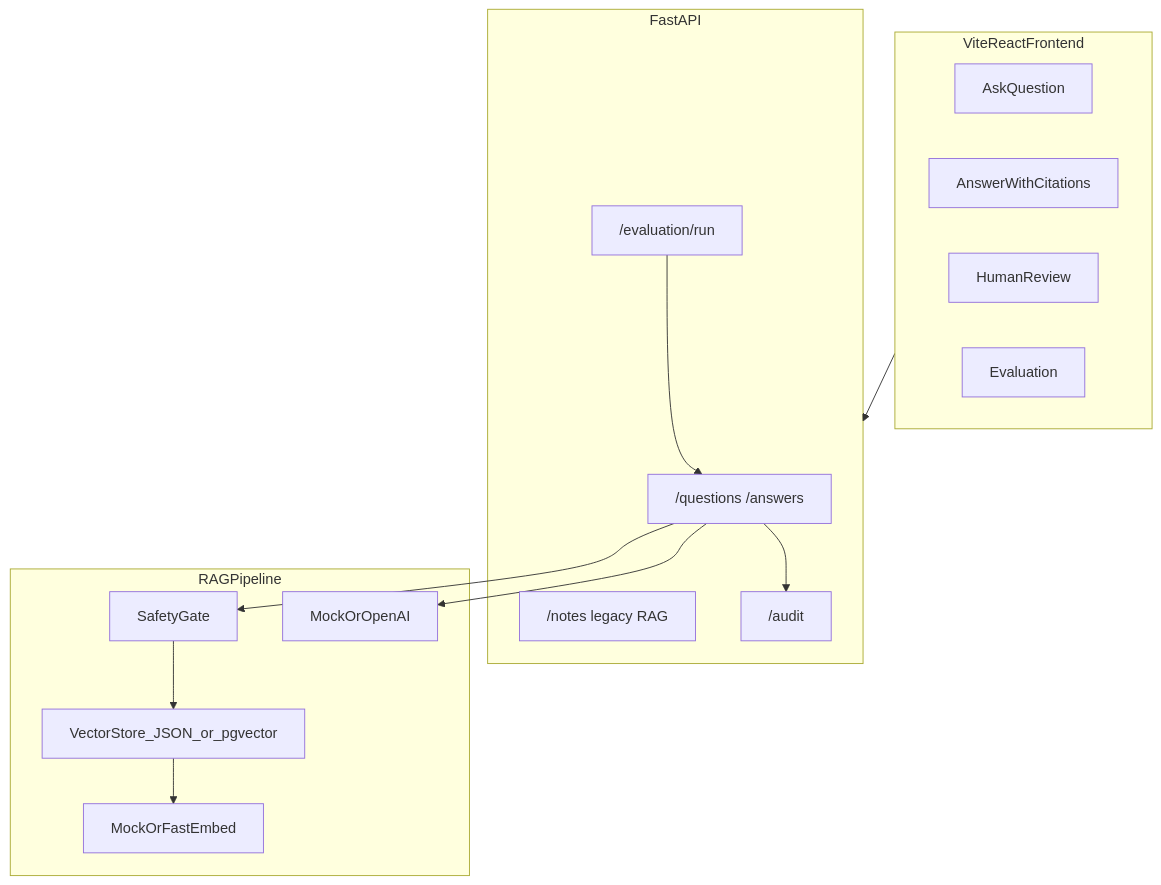
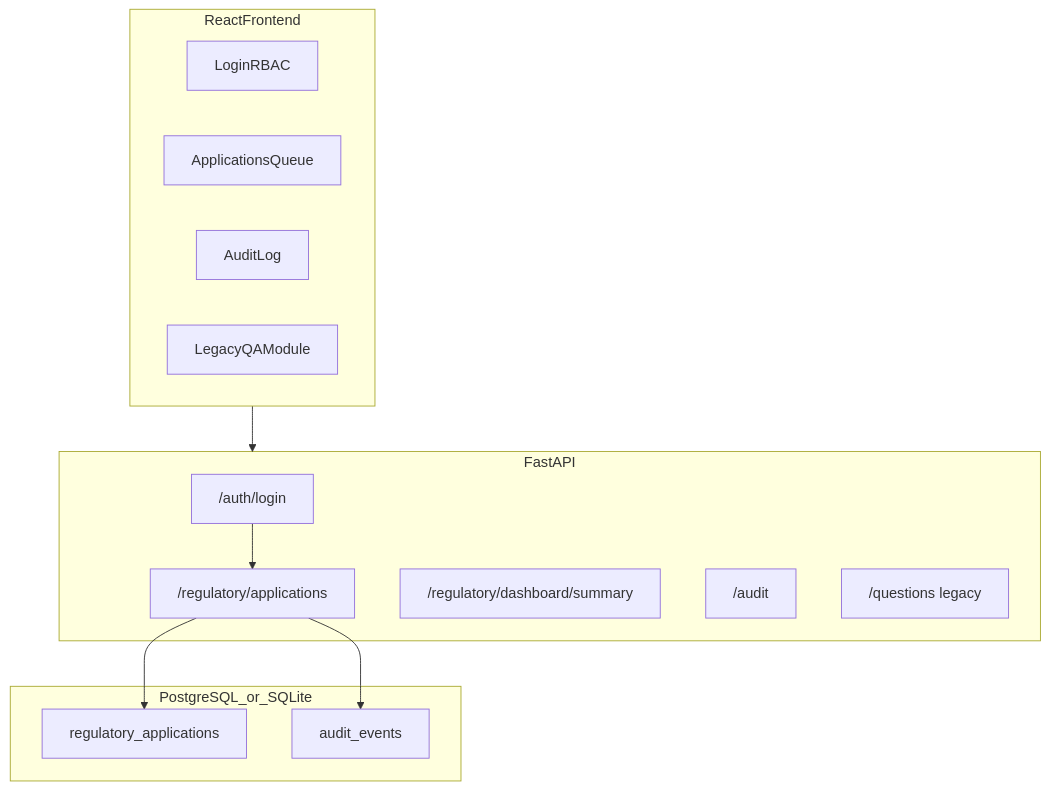
The diagram in README.md (dawit-Tegegnwork/hep-assist-ai-rag-platform), drawn with Mermaid before and after one commit. The commit also changed other lines of this file and 48 other files, not shown here.

First line of the commit message:
Add eRIS modernization lab with regulatory workflow, RBAC, and ops docs.

````diff
--- a/README.md
+++ b/README.md
@@ -80,31 +115,27 @@
 ```mermaid
 flowchart TB
-  subgraph frontend [ViteReactFrontend]
-    Ask[AskQuestion]
-    Answer[AnswerWithCitations]
-    Review[HumanReview]
-    Eval[Evaluation]
+  subgraph frontend [ReactFrontend]
+    Login[LoginRBAC]
+    Apps[ApplicationsQueue]
+    AuditUI[AuditLog]
+    LegacyQA[LegacyQAModule]
   end
 
   subgraph api [FastAPI]
-    QA["/questions /answers"]
-    EvalAPI["/evaluation/run"]
-    Legacy["/notes legacy RAG"]
-    Audit["/audit"]
+    Auth["/auth/login"]
+    Reg["/regulatory/applications"]
+    Dash["/regulatory/dashboard/summary"]
+    AuditAPI["/audit"]
+    QA["/questions legacy"]
   end
 
-  subgraph rag [RAGPipeline]
-    Embed[MockOrFastEmbed]
-    Store[VectorStore_JSON_or_pgvector]
-    Safety[SafetyGate]
-    LLM[MockOrOpenAI]
+  subgraph data [PostgreSQL_or_SQLite]
+    AppsDB[regulatory_applications]
+    AuditDB[audit_events]
   end
 
   frontend --> api
-  QA --> Safety
-  Safety --> Store
-  Store --> Embed
-  QA --> LLM
-  QA --> Audit
-  EvalAPI --> QA
+  Reg --> AppsDB
+  Reg --> AuditDB
+  Auth --> Reg
 ```
````
